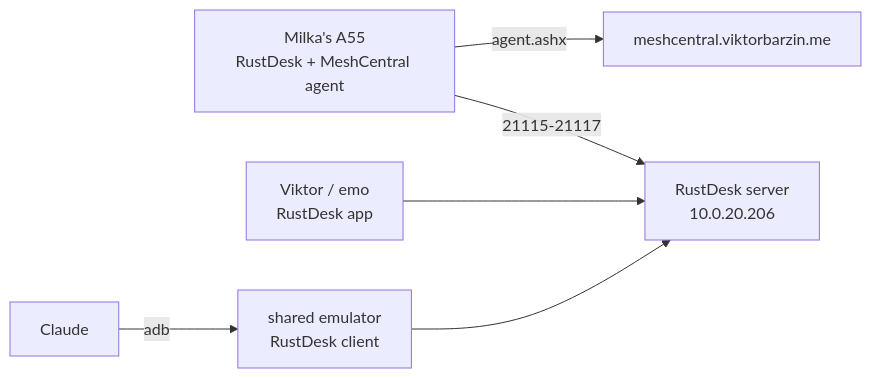
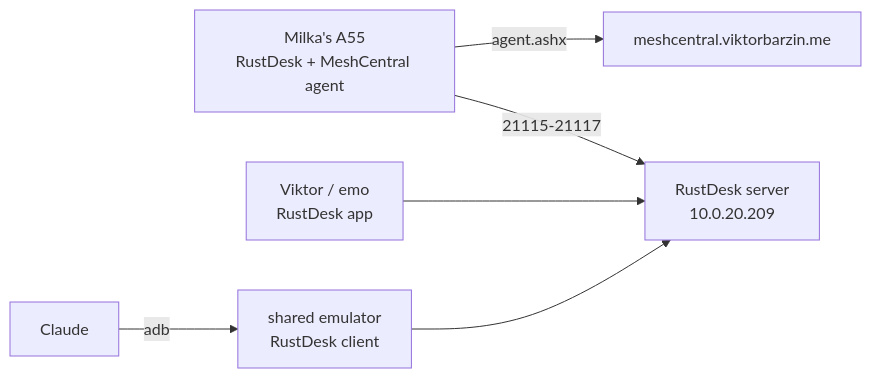
Before and after one commit to ViktorBarzin/infra: the diagram in docs/plans/2026-10-09-milka-remote-phone-help-design.md, drawn with Mermaid. The commit also changed other lines of this file and 3 other files, not shown here.

````diff
--- a/docs/plans/2026-10-09-milka-remote-phone-help-design.md
+++ b/docs/plans/2026-10-09-milka-remote-phone-help-design.md
@@ -32,7 +32,7 @@
 ```mermaid
 flowchart LR
-  M[Milka's A55<br/>RustDesk + MeshCentral agent] -->|21115-21117| S[RustDesk server<br/>10.0.20.206]
+  M[Milka's A55<br/>RustDesk + MeshCentral agent] -->|21115-21117| S[RustDesk server<br/>10.0.20.209]
   V[Viktor / emo<br/>RustDesk app] --> S
   C[Claude] -->|adb| E[shared emulator<br/>RustDesk client] --> S
   M -->|agent.ashx| MC[meshcentral.viktorbarzin.me]
 ```
````
